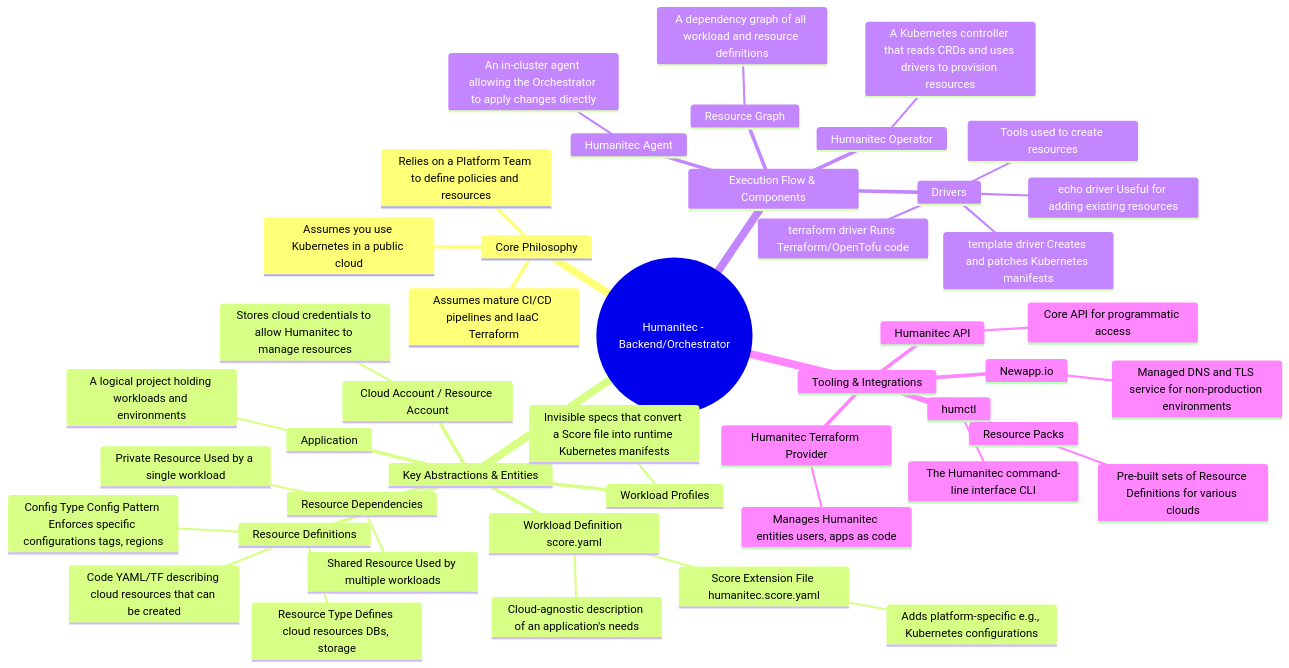
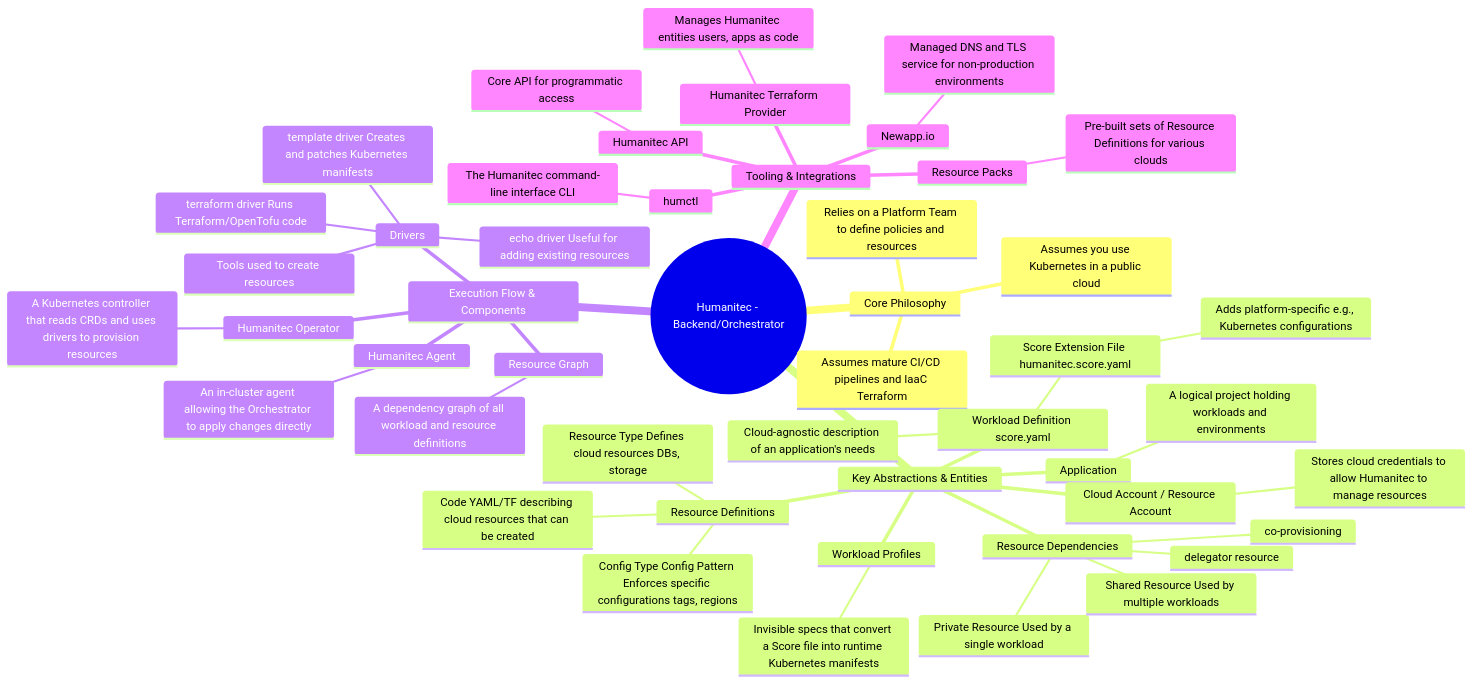
The diagram in internal_developer_platform_orchestrator.md (telecomprofi/Internal-Developers-Platforms-overview), drawn with Mermaid before and after one commit.

````diff
--- a/internal_developer_platform_orchestrator.md
+++ b/internal_developer_platform_orchestrator.md
@@ -1,49 +1,51 @@
 ```mermaid
 mindmap
   root((Humanitec - Backend/Orchestrator))
     Core Philosophy
       Assumes you use Kubernetes in a public cloud
       Assumes mature CI/CD pipelines and IaaC Terraform
       Relies on a Platform Team to define policies and resources
     Key Abstractions & Entities
       Application
         A logical project holding workloads and environments
       Cloud Account / Resource Account
         Stores cloud credentials to allow Humanitec to manage resources
       Workload Definition score.yaml
         Cloud-agnostic description of an application's needs
         Score Extension File humanitec.score.yaml
           Adds platform-specific e.g., Kubernetes configurations
       Resource Definitions
         Code YAML/TF describing cloud resources that can be created
         Resource Type Defines cloud resources DBs, storage
         Config Type Config Pattern Enforces specific configurations tags, regions
       Resource Dependencies
         Private Resource Used by a single workload
         Shared Resource Used by multiple workloads
+        delegator resource
+        co-provisioning 
       Workload Profiles
         Invisible specs that convert a Score file into runtime Kubernetes manifests
     Execution Flow & Components
       Resource Graph
         A dependency graph of all workload and resource definitions
       Humanitec Operator
         A Kubernetes controller that reads CRDs and uses drivers to provision resources
       Humanitec Agent
         An in-cluster agent allowing the Orchestrator to apply changes directly
       Drivers
         Tools used to create resources
         terraform driver Runs Terraform/OpenTofu code
         template driver Creates and patches Kubernetes manifests
         echo driver Useful for adding existing resources
     Tooling & Integrations
       humctl
         The Humanitec command-line interface CLI
       Humanitec API
         Core API for programmatic access
       Humanitec Terraform Provider
         Manages Humanitec entities users, apps as code
       Resource Packs
         Pre-built sets of Resource Definitions for various clouds
       Newapp.io
         Managed DNS and TLS service for non-production environments
 ```
````
